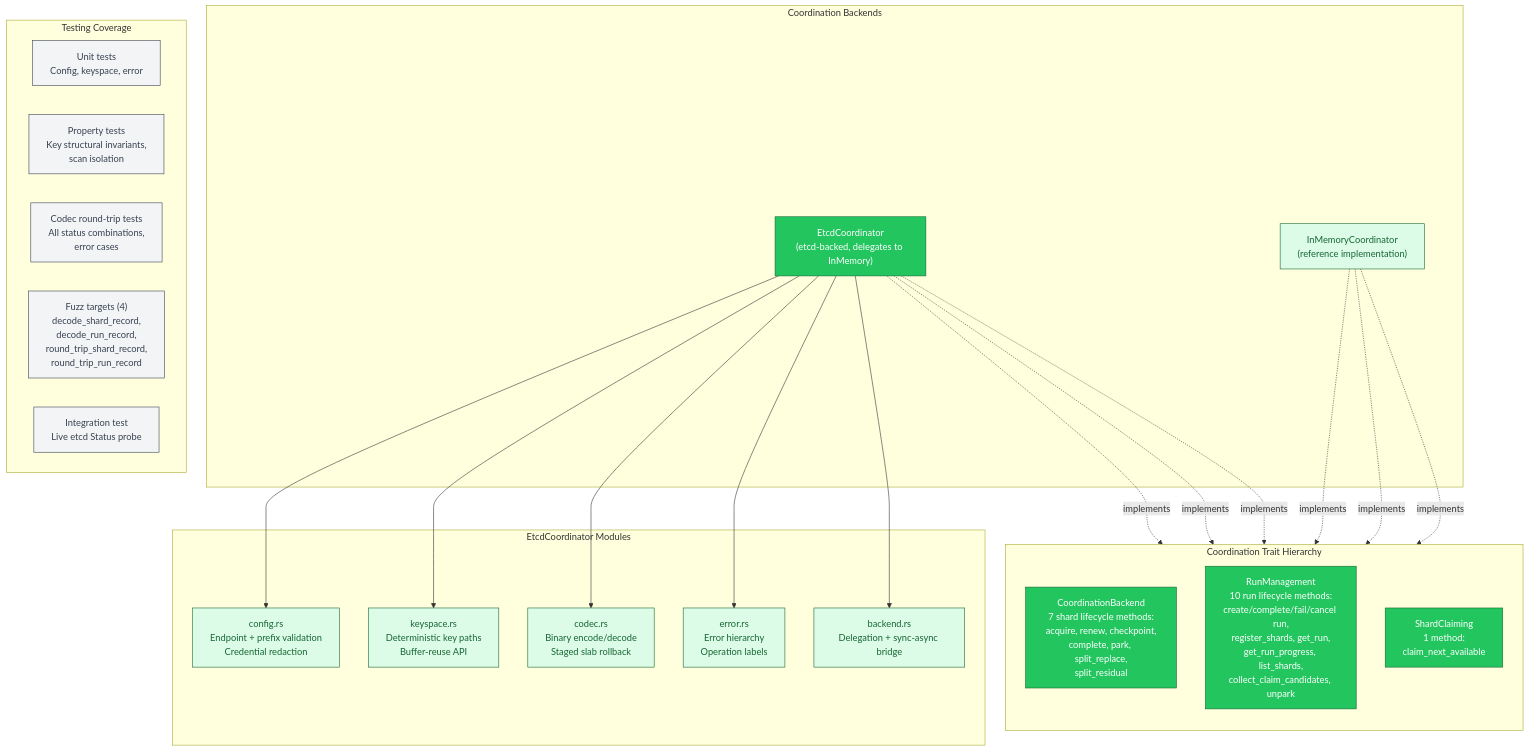
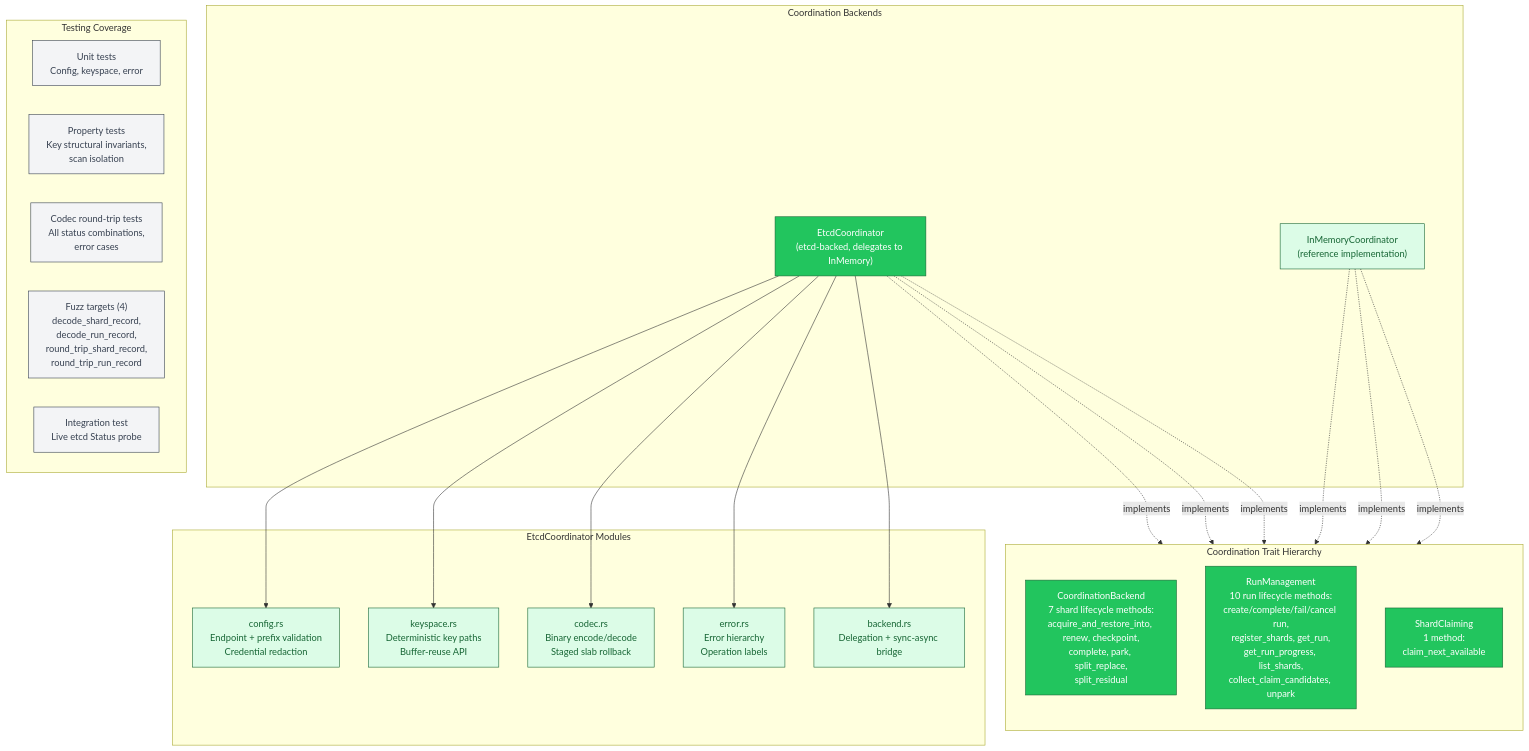
The sixth of 6 diagrams in diagrams/20-etcd-coordinator-persistence.md (ahrav/Gossip-rs), drawn with Mermaid before and after one commit. The commit also changed other lines of this file and 2 other files, not shown here.

Commit message:
Update doc-code-audit skill and diagram paths
- Fix code fence language markers (`text`/`yaml`)
- Update all relative paths to use `crates/` and `docs/` prefixes
- Correct dependency directions in system overview diagram
- Replace `acquire` with `acquire_and_restore_into` in
  CoordinationBackend trait descriptions
- Add `simulation-harness.md` to coordination scope in audit skill
- Include `00-README.md` in full audit mode diagram collection

````diff
--- a/diagrams/20-etcd-coordinator-persistence.md
+++ b/diagrams/20-etcd-coordinator-persistence.md
@@ -409,64 +409,64 @@
 ```mermaid
 %% Diagram: etcd-trait-integration
 graph TB
     subgraph traits ["Coordination Trait Hierarchy"]
         direction TB
-        CB_TRAIT["CoordinationBackend<br/>7 shard lifecycle methods:<br/>acquire, renew, checkpoint,<br/>complete, park, split_replace,<br/>split_residual"]
+        CB_TRAIT["CoordinationBackend<br/>7 shard lifecycle methods:<br/>acquire_and_restore_into, renew, checkpoint,<br/>complete, park, split_replace,<br/>split_residual"]
         RM_TRAIT["RunManagement<br/>10 run lifecycle methods:<br/>create/complete/fail/cancel run,<br/>register_shards, get_run,<br/>get_run_progress, list_shards,<br/>collect_claim_candidates, unpark"]
         SC_TRAIT["ShardClaiming<br/>1 method:<br/>claim_next_available"]
     end
 
     subgraph backends ["Coordination Backends"]
         INMEM_BACK["InMemoryCoordinator<br/>(reference implementation)"]
         ETCD_BACK["EtcdCoordinator<br/>(etcd-backed, delegates to InMemory)"]
     end
 
     subgraph etcd_modules ["EtcdCoordinator Modules"]
         MOD_CONFIG["config.rs<br/>Endpoint + prefix validation<br/>Credential redaction"]
         MOD_KS["keyspace.rs<br/>Deterministic key paths<br/>Buffer-reuse API"]
         MOD_CODEC["codec.rs<br/>Binary encode/decode<br/>Staged slab rollback"]
         MOD_ERR["error.rs<br/>Error hierarchy<br/>Operation labels"]
         MOD_BACK["backend.rs<br/>Delegation + sync-async bridge"]
     end
 
     subgraph testing ["Testing Coverage"]
         UNIT["Unit tests<br/>Config, keyspace, error"]
         PROP["Property tests<br/>Key structural invariants,<br/>scan isolation"]
         CODEC_TEST["Codec round-trip tests<br/>All status combinations,<br/>error cases"]
         FUZZ["Fuzz targets (4)<br/>decode_shard_record,<br/>decode_run_record,<br/>round_trip_shard_record,<br/>round_trip_run_record"]
         INTEG["Integration test<br/>Live etcd Status probe"]
     end
 
     INMEM_BACK -.->|"implements"| CB_TRAIT
     INMEM_BACK -.->|"implements"| RM_TRAIT
     INMEM_BACK -.->|"implements"| SC_TRAIT
 
     ETCD_BACK -.->|"implements"| CB_TRAIT
     ETCD_BACK -.->|"implements"| RM_TRAIT
     ETCD_BACK -.->|"implements"| SC_TRAIT
 
     ETCD_BACK --> MOD_CONFIG
     ETCD_BACK --> MOD_KS
     ETCD_BACK --> MOD_CODEC
     ETCD_BACK --> MOD_ERR
     ETCD_BACK --> MOD_BACK
 
     style CB_TRAIT fill:#22C55E,stroke:#166534,color:#FFF
     style RM_TRAIT fill:#22C55E,stroke:#166534,color:#FFF
     style SC_TRAIT fill:#22C55E,stroke:#166534,color:#FFF
 
     style INMEM_BACK fill:#DCFCE7,stroke:#166534,color:#166534
     style ETCD_BACK fill:#22C55E,stroke:#166534,color:#FFF
 
     style MOD_CONFIG fill:#DCFCE7,stroke:#166534,color:#166534
     style MOD_KS fill:#DCFCE7,stroke:#166534,color:#166534
     style MOD_CODEC fill:#DCFCE7,stroke:#166534,color:#166534
     style MOD_ERR fill:#DCFCE7,stroke:#166534,color:#166534
     style MOD_BACK fill:#DCFCE7,stroke:#166534,color:#166534
 
     style UNIT fill:#F3F4F6,stroke:#374151,color:#374151
     style PROP fill:#F3F4F6,stroke:#374151,color:#374151
     style CODEC_TEST fill:#F3F4F6,stroke:#374151,color:#374151
     style FUZZ fill:#F3F4F6,stroke:#374151,color:#374151
     style INTEG fill:#F3F4F6,stroke:#374151,color:#374151
 ```
````
